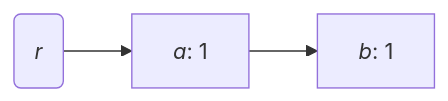
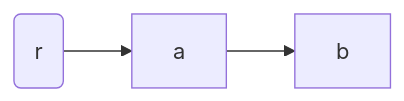
Before and after one commit to claytonwramsey/www: the first of 9 diagrams in _drafts/2023-06-15-dumpster.md, drawn with Mermaid. The commit also changed other lines of this file and 4 other files, not shown here.

````diff
--- a/_drafts/2023-06-15-dumpster.md
+++ b/_drafts/2023-06-15-dumpster.md
@@ -409,9 +409,7 @@
 ```mermaid
 flowchart LR
-  a["<em>a</em>: 1"]
-  b["<em>b</em>: 1"]
-  r("<em>r</em>")
+  r("r")
 
   a --> b
   r --> a
 ```
````
